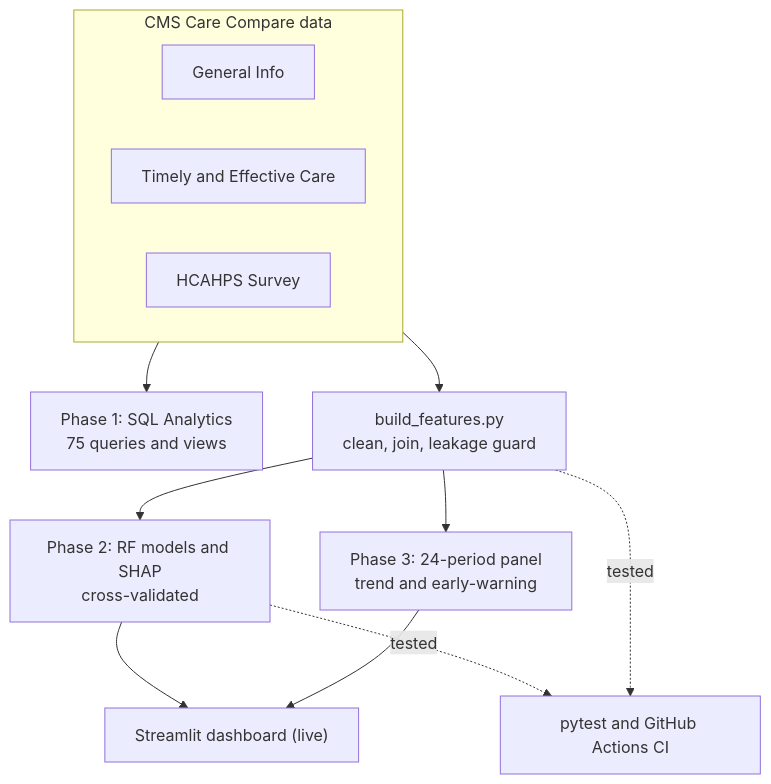
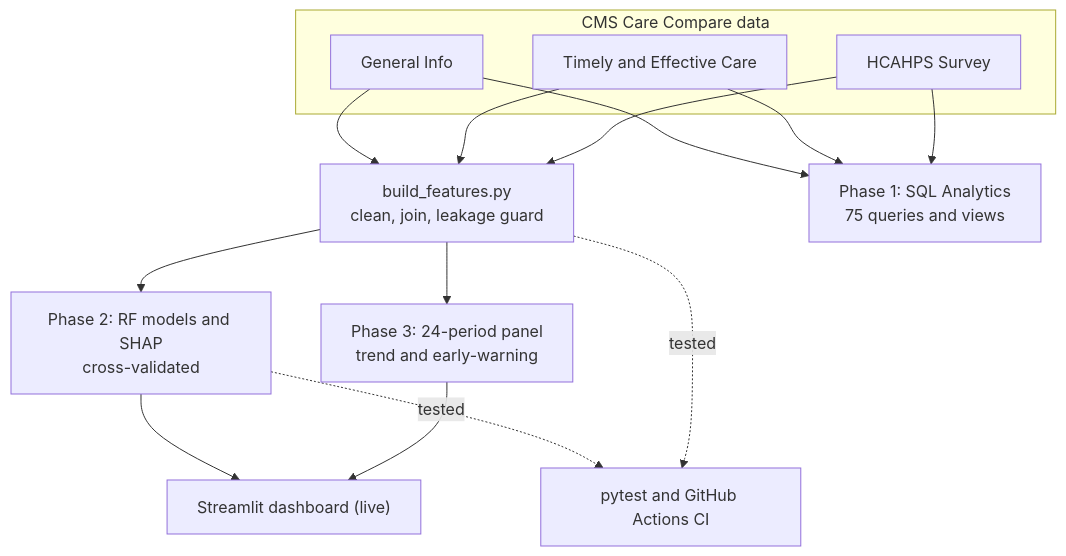
One commit to jumma786/hospital-quality-intelligence changed the diagram in README.md. Above: the diagram before and after it, drawn with Mermaid.

Commit message:
Fix Mermaid rendering: draw edges from source nodes, not the subgraph container

````diff
--- a/README.md
+++ b/README.md
@@ -54,17 +54,21 @@
 ```mermaid
 flowchart TD
     subgraph SRC["CMS Care Compare data"]
         A["General Info"]
         B["Timely and Effective Care"]
         C["HCAHPS Survey"]
     end
 
-    SRC --> SQL["Phase 1: SQL Analytics<br/>75 queries and views"]
-    SRC --> FE["build_features.py<br/>clean, join, leakage guard"]
+    A --> FE["build_features.py<br/>clean, join, leakage guard"]
+    B --> FE
+    C --> FE
+    A --> SQL["Phase 1: SQL Analytics<br/>75 queries and views"]
+    B --> SQL
+    C --> SQL
     FE --> ML["Phase 2: RF models and SHAP<br/>cross-validated"]
     FE --> PANEL["Phase 3: 24-period panel<br/>trend and early-warning"]
     ML --> APP["Streamlit dashboard (live)"]
     PANEL --> APP
     ML -.->|tested| CI["pytest and GitHub Actions CI"]
     FE -.->|tested| CI
 ```
````
